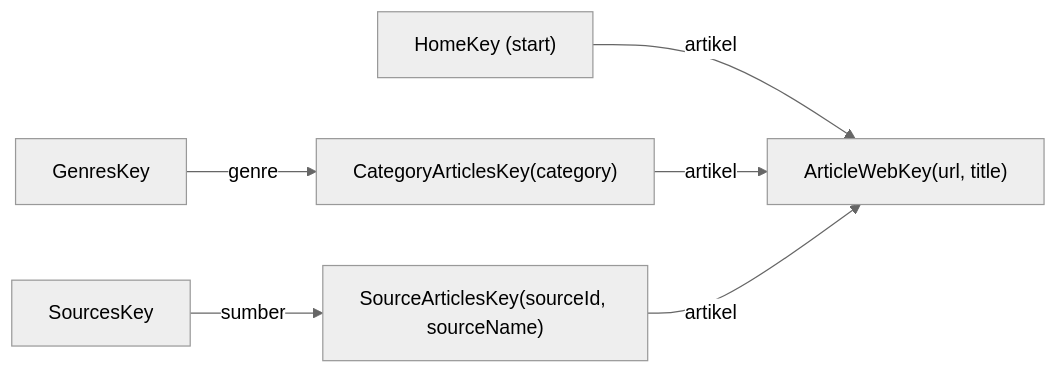
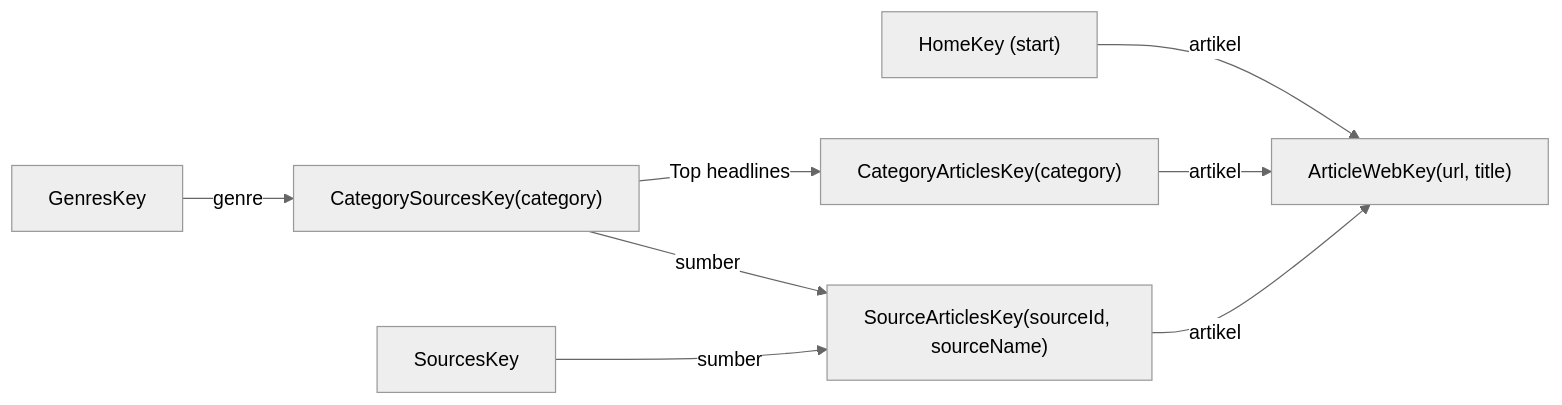
The second of 6 diagrams in docs/architecture_engineering_decisions.md (halimjr11/beacon), drawn with Mermaid (neutral theme) before and after one commit. The commit also changed other lines of this file and 59 other files, not shown here.

````diff
--- a/docs/architecture_engineering_decisions.md
+++ b/docs/architecture_engineering_decisions.md
@@ -115,8 +115,10 @@
 ```mermaid
 graph LR
     H["HomeKey (start)"] -->|artikel| W["ArticleWebKey(url, title)"]
-    G["GenresKey"] -->|genre| CA["CategoryArticlesKey(category)"]
-    S["SourcesKey"] -->|sumber| SA["SourceArticlesKey(sourceId, sourceName)"]
+    G["GenresKey"] -->|genre| CS["CategorySourcesKey(category)"]
+    CS -->|sumber| SA["SourceArticlesKey(sourceId, sourceName)"]
+    CS -->|"Top headlines"| CA["CategoryArticlesKey(category)"]
+    S["SourcesKey"] -->|sumber| SA
     CA -->|artikel| W
     SA -->|artikel| W
 ```
````
